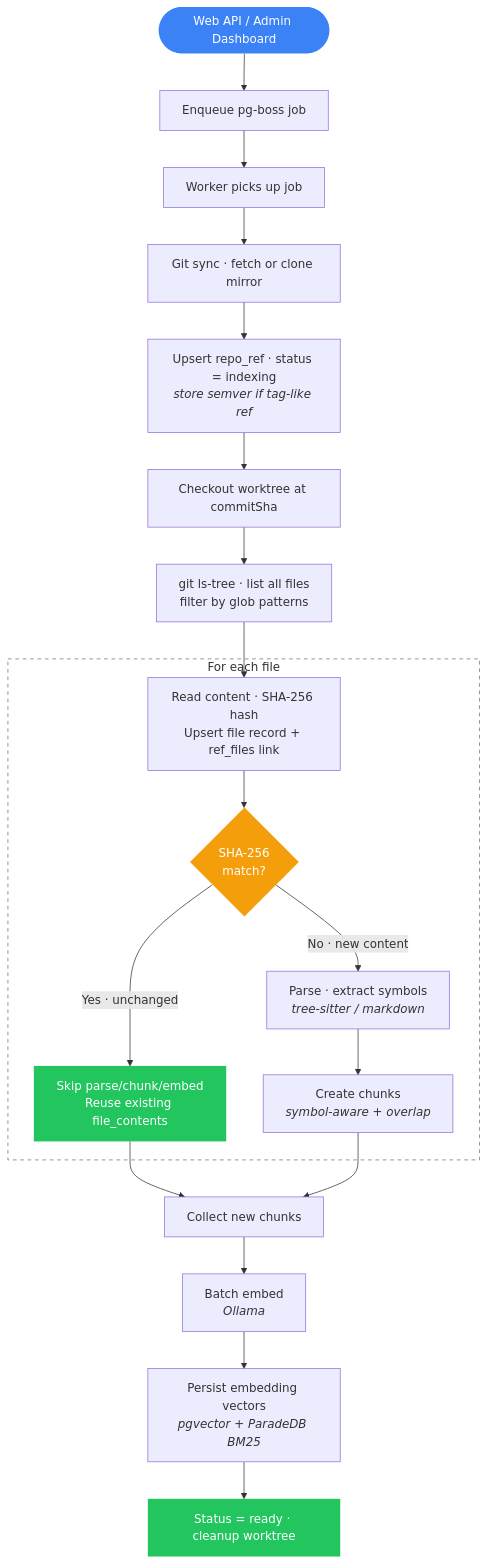
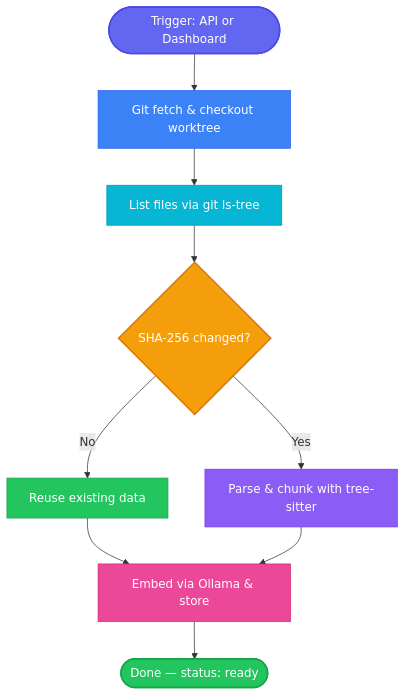
Before and after one commit to chwoerz/reporelay: the diagram in docs/guide/indexing-pipeline.md, drawn with Mermaid. The commit also changed 2 other files, not shown here.

Commit message:
feat: update logo and improve indexing pipeline diagram

````diff
--- a/docs/guide/indexing-pipeline.md
+++ b/docs/guide/indexing-pipeline.md
@@ -5,31 +5,20 @@
 ```mermaid
 flowchart TD
-    trigger([Web API / Admin Dashboard])
-    trigger --> enqueue[Enqueue pg-boss job]
-    enqueue --> worker[Worker picks up job]
+    A([Trigger: API or Dashboard]) --> B[Git fetch & checkout worktree]
+    B --> C[List files via git ls-tree]
+    C --> D{SHA-256 changed?}
+    D -->|No| E[Reuse existing data]
+    D -->|Yes| F[Parse & chunk with tree-sitter]
+    E --> G[Embed via Ollama & store]
+    F --> G
+    G --> H([Done — status: ready])
 
-    worker --> sync[Git sync · fetch or clone mirror]
-    sync --> upsertRef[Upsert repo_ref · status = indexing<br/><i>store semver if tag-like ref</i>]
-    upsertRef --> checkout[Checkout worktree at commitSha]
-    checkout --> listFiles[git ls-tree · list all files<br/>filter by glob patterns]
-    listFiles --> process
-
-    subgraph loop [For each file]
-        process[Read content · SHA-256 hash<br/>Upsert file record + ref_files link] --> dedup{SHA-256<br/>match?}
-        dedup -->|Yes · unchanged| skip[Skip parse/chunk/embed<br/>Reuse existing file_contents]
-        dedup -->|No · new content| parse[Parse · extract symbols<br/><i>tree-sitter / markdown</i>]
-        parse --> chunk[Create chunks<br/><i>symbol-aware + overlap</i>]
-    end
-
-    skip --> collect
-    chunk --> collect
-    collect[Collect new chunks] --> embed[Batch embed<br/><i>Ollama</i>]
-    embed --> storePG[Persist embedding vectors<br/><i>pgvector + ParadeDB BM25</i>]
-    storePG --> done[Status = ready · cleanup worktree]
-
-    style trigger fill:#3b82f6,color:#fff,stroke:none
-    style done fill:#22c55e,color:#fff,stroke:none
-    style dedup fill:#f59e0b,color:#fff,stroke:none
-    style skip fill:#22c55e,color:#fff,stroke:none
-    style loop fill:none,stroke:#6b7280,stroke-dasharray:5 5
+    style A fill:#6366f1,color:#fff,stroke:#4f46e5,stroke-width:2px
+    style B fill:#3b82f6,color:#fff,stroke:#2563eb
+    style C fill:#06b6d4,color:#fff,stroke:#0891b2
+    style D fill:#f59e0b,color:#fff,stroke:#d97706,stroke-width:2px
+    style E fill:#22c55e,color:#fff,stroke:#16a34a
+    style F fill:#8b5cf6,color:#fff,stroke:#7c3aed
+    style G fill:#ec4899,color:#fff,stroke:#db2777
+    style H fill:#22c55e,color:#fff,stroke:#16a34a,stroke-width:2px
 ```
````
